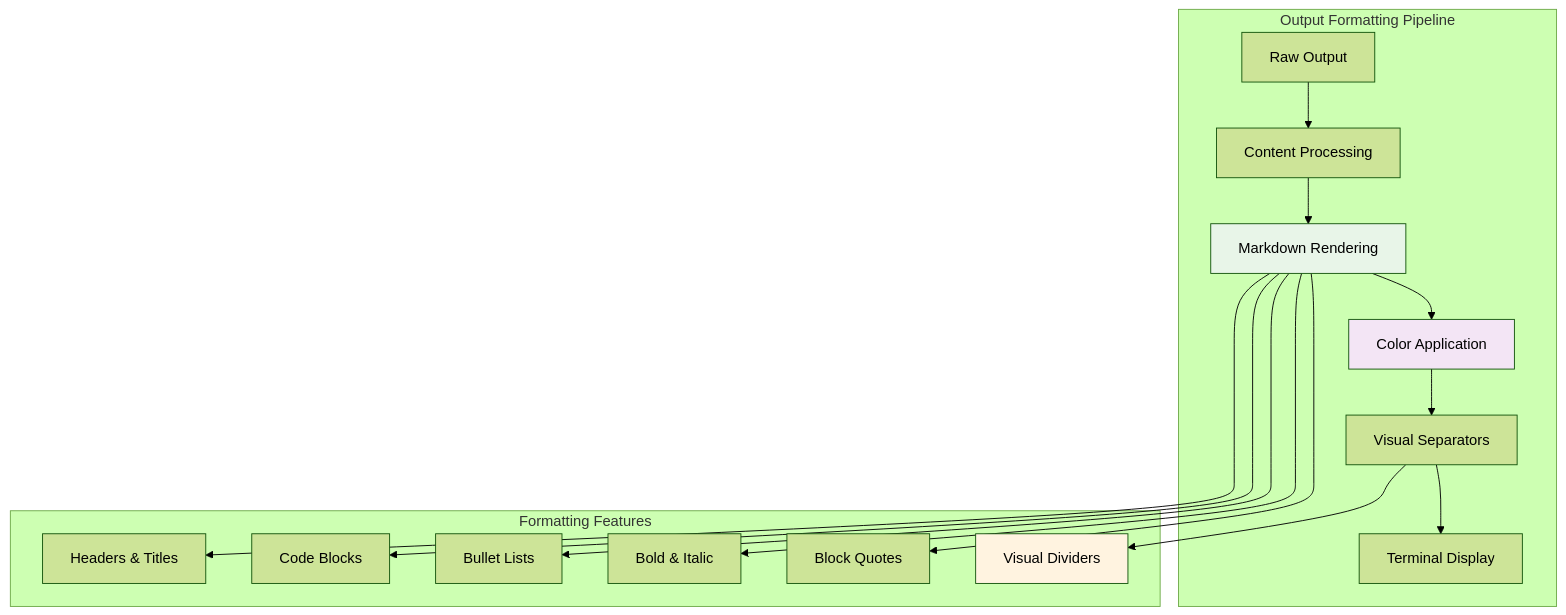
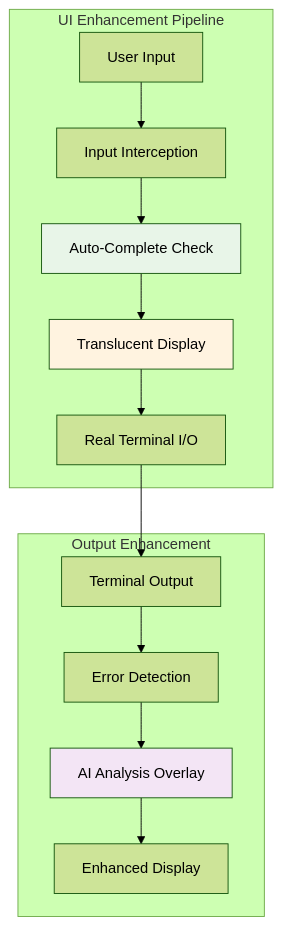
The third of 6 diagrams in gitcue/src/terminal/README.md (sbeeredd04/auto-git), drawn with Mermaid (forest theme) before and after one commit. The commit also changed other lines of this file and 1 other file, not shown here.

First line of the commit message:
docs(terminal): Refactor README for clarity

````diff
--- a/gitcue/src/terminal/README.md
+++ b/gitcue/src/terminal/README.md
@@ -223,37 +231,31 @@
 ```mermaid
 graph TB
-    subgraph "Output Formatting Pipeline"
-        RAW[Raw Output]
-        PROCESS[Content Processing]
-        MARKDOWN[Markdown Rendering]
-        COLORS[Color Application]
-        BORDERS[Visual Separators]
-        DISPLAY[Terminal Display]
+    subgraph "UI Enhancement Pipeline"
+        INPUT[User Input]
+        INTERCEPT[Input Interception]
+        SUGGESTION[Auto-Complete Check]
+        DISPLAY[Translucent Display]
+        TERMINAL[Real Terminal I/O]
     end
     
-    RAW --> PROCESS
-    PROCESS --> MARKDOWN
-    MARKDOWN --> COLORS
-    COLORS --> BORDERS
-    BORDERS --> DISPLAY
-    
-    subgraph "Formatting Features"
-        HEADERS[Headers & Titles]
-        CODE[Code Blocks]
-        LISTS[Bullet Lists]
-        EMPHASIS[Bold & Italic]
-        QUOTES[Block Quotes]
-        SEPARATORS[Visual Dividers]
+    subgraph "Output Enhancement"
+        STDOUT[Terminal Output]
+        ERROR_CHECK[Error Detection]
+        AI_OVERLAY[AI Analysis Overlay]
+        ENHANCED_OUT[Enhanced Display]
     end
     
-    MARKDOWN --> HEADERS
-    MARKDOWN --> CODE
-    MARKDOWN --> LISTS
-    MARKDOWN --> EMPHASIS
-    MARKDOWN --> QUOTES
-    BORDERS --> SEPARATORS
+    INPUT --> INTERCEPT
+    INTERCEPT --> SUGGESTION
+    SUGGESTION --> DISPLAY
+    DISPLAY --> TERMINAL
     
-    style MARKDOWN fill:#e8f5e8
-    style COLORS fill:#f3e5f5
-    style SEPARATORS fill:#fff3e0
+    TERMINAL --> STDOUT
+    STDOUT --> ERROR_CHECK
+    ERROR_CHECK --> AI_OVERLAY
+    AI_OVERLAY --> ENHANCED_OUT
+    
+    style SUGGESTION fill:#e8f5e8
+    style AI_OVERLAY fill:#f3e5f5
+    style DISPLAY fill:#fff3e0
 ```
````
